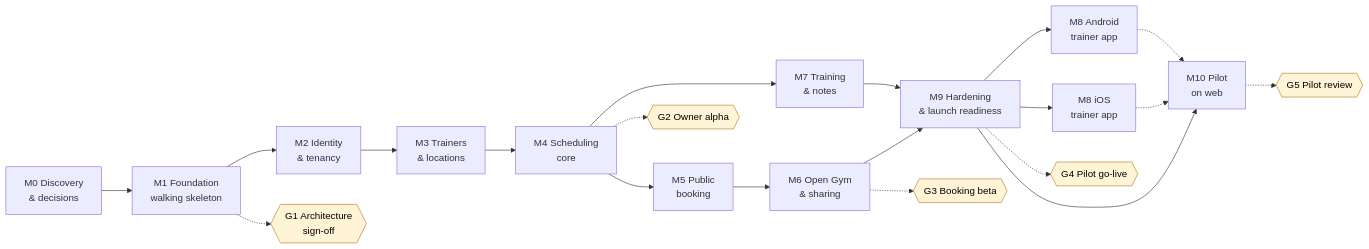
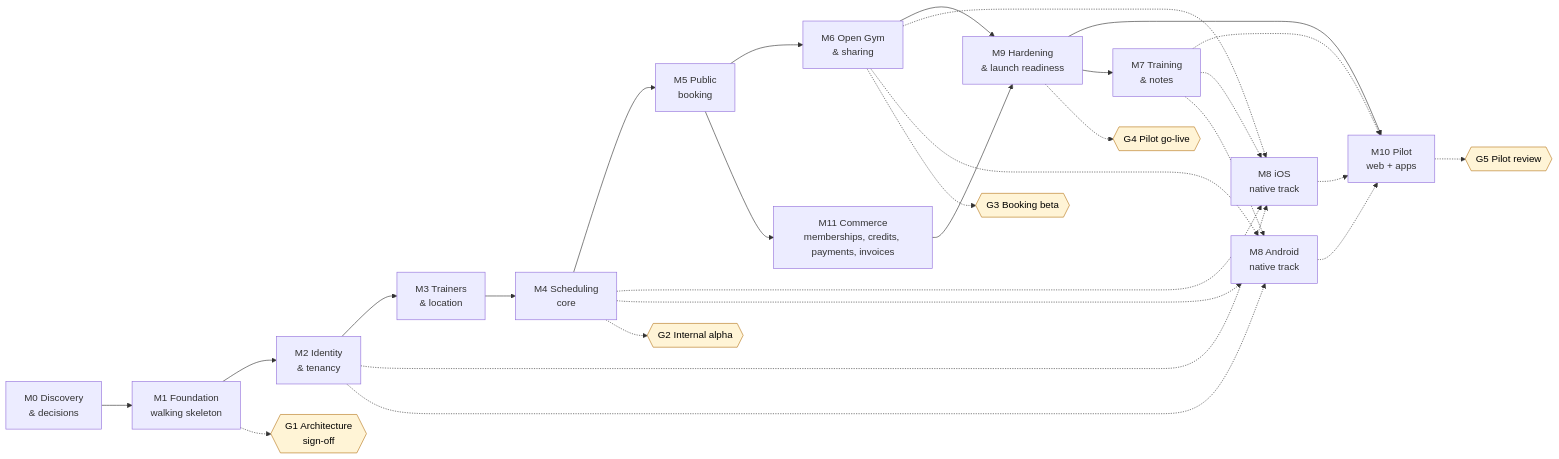
The first of 2 diagrams in docs/product/ROADMAP.md (fivvi-app/fivvi), drawn with Mermaid before and after one commit. The commit also changed other lines of this file and 51 other files, not shown here.

First line of the commit message:
[M11] Fivvi: commerce before go-live, ADR-020, credits, native in parallel (roadmap v1.22) (#141)

````diff
--- a/docs/product/ROADMAP.md
+++ b/docs/product/ROADMAP.md
@@ -82,30 +83,38 @@
 ```mermaid
 flowchart LR
   M0[M0 Discovery<br/>& decisions] --> M1[M1 Foundation<br/>walking skeleton]
   M1 --> M2[M2 Identity<br/>& tenancy]
-  M2 --> M3[M3 Trainers<br/>& locations]
+  M2 --> M3[M3 Trainers<br/>& location]
   M3 --> M4[M4 Scheduling<br/>core]
   M4 --> M5[M5 Public<br/>booking]
   M5 --> M6[M6 Open Gym<br/>& sharing]
-  M4 --> M7[M7 Training<br/>& notes]
+  M5 --> M11[M11 Commerce<br/>memberships, credits, payments, invoices]
   M6 --> M9[M9 Hardening<br/>& launch readiness]
-  M7 --> M9
-  M9 --> M10[M10 Pilot<br/>on web]
-  M9 --> M8i[M8 iOS<br/>trainer app]
-  M9 --> M8a[M8 Android<br/>trainer app]
+  M11 --> M9
+  M9 --> M10[M10 Pilot<br/>web + apps]
+  M9 --> M7[M7 Training<br/>& notes]
+  M2 -.-> M8i[M8 iOS<br/>native track]
+  M2 -.-> M8a[M8 Android<br/>native track]
+  M4 -.-> M8i
+  M4 -.-> M8a
+  M6 -.-> M8i
+  M6 -.-> M8a
+  M7 -.-> M10
+  M7 -.-> M8i
+  M7 -.-> M8a
   M8i -.-> M10
   M8a -.-> M10
 
   G1{{G1 Architecture<br/>sign-off}}:::gate
-  G2{{G2 Owner alpha}}:::gate
+  G2{{G2 Internal alpha}}:::gate
   G3{{G3 Booking beta}}:::gate
   G4{{G4 Pilot go-live}}:::gate
   G5{{G5 Pilot review}}:::gate
   M1 -.-> G1
   M4 -.-> G2
   M6 -.-> G3
   M9 -.-> G4
   M10 -.-> G5
 
   classDef gate fill:#fff4d6,stroke:#b7791f,color:#000;
 ```
````
